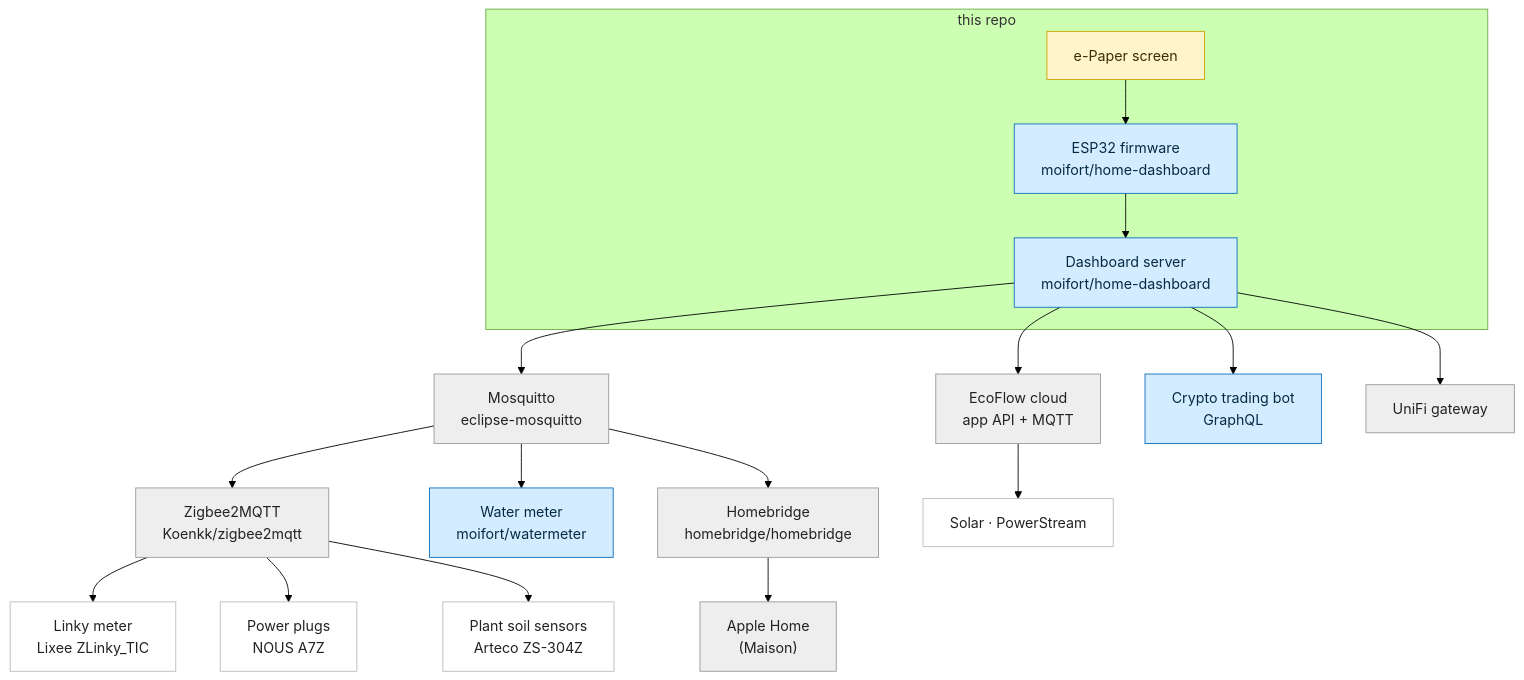
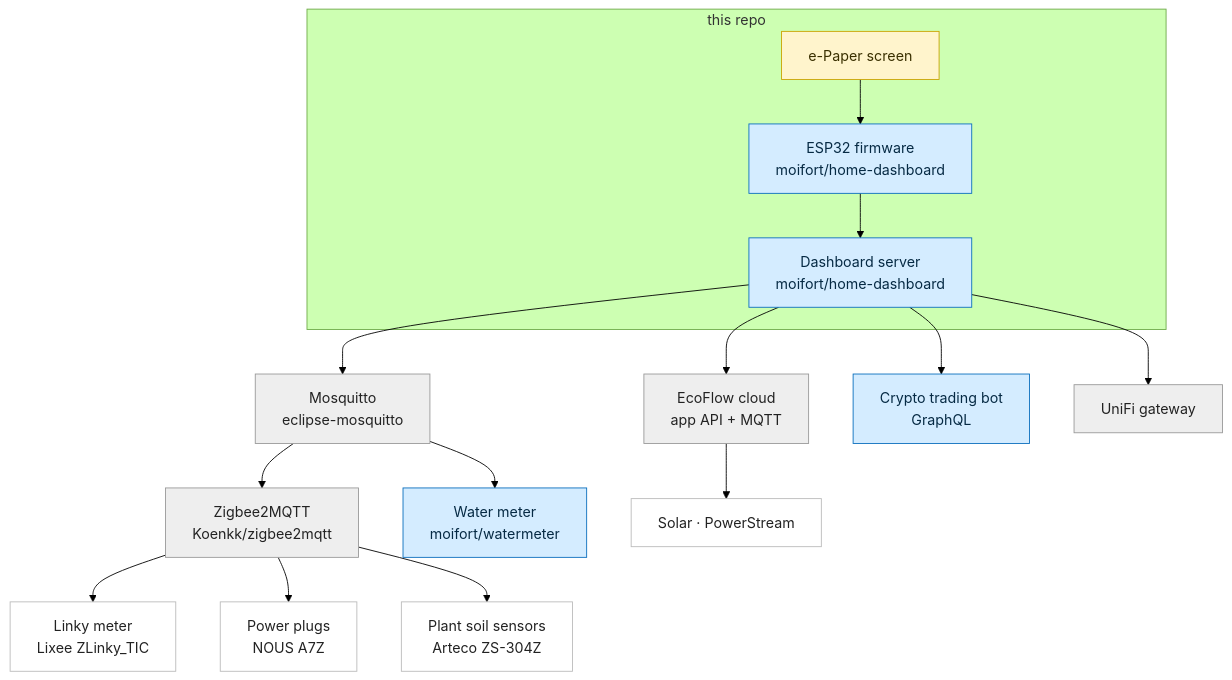
One commit to moifort/home-dashboard changed the diagram in README.md. Above: the diagram before and after it, drawn with Mermaid (forest theme). The commit also changed other lines of this file, not shown here.

````diff
--- a/README.md
+++ b/README.md
@@ -17,52 +194,46 @@
 ```mermaid
 flowchart TD
     subgraph repo["this repo"]
         SCREEN["e-Paper screen"]:::hw
         ESP["ESP32 firmware<br/>moifort/home-dashboard"]:::mine
         SERVER["Dashboard server<br/>moifort/home-dashboard"]:::mine
     end
 
     SCREEN --> ESP
     ESP --> SERVER
 
     MOSQ["Mosquitto<br/>eclipse-mosquitto"]:::ext
     Z2M["Zigbee2MQTT<br/>Koenkk/zigbee2mqtt"]:::ext
     LINKY["Linky meter<br/>Lixee ZLinky_TIC"]:::dev
     PLUGS["Power plugs<br/>NOUS A7Z"]:::dev
     PLANTS["Plant soil sensors<br/>Arteco ZS-304Z"]:::dev
     WATER["Water meter<br/>moifort/watermeter"]:::mine
 
     SERVER --> MOSQ
     MOSQ --> Z2M
     MOSQ --> WATER
     Z2M --> LINKY
     Z2M --> PLUGS
     Z2M --> PLANTS
 
-    HB["Homebridge<br/>homebridge/homebridge"]:::ext
-    HOME["Apple Home<br/>(Maison)"]:::ext
-    MOSQ --> HB
-    HB --> HOME
-
     ECO["EcoFlow cloud<br/>app API + MQTT"]:::ext
     PV["Solar · PowerStream"]:::dev
     SERVER --> ECO
     ECO --> PV
 
     CRYPTO["Crypto trading bot<br/>GraphQL"]:::mine
     UNIFI["UniFi gateway"]:::ext
     SERVER --> CRYPTO
     SERVER --> UNIFI
 
     classDef mine fill:#d4ecff,stroke:#0a6ebd,color:#062a44;
     classDef ext  fill:#eeeeee,stroke:#999999,color:#222222;
     classDef dev  fill:#ffffff,stroke:#bbbbbb,color:#222222;
     classDef hw   fill:#fff4cc,stroke:#caa300,color:#3a3000;
 
     click ESP "https://github.com/moifort/home-dashboard" _blank
     click SERVER "https://github.com/moifort/home-dashboard" _blank
     click WATER "https://github.com/moifort/watermeter" _blank
     click MOSQ "https://github.com/eclipse/mosquitto" _blank
     click Z2M "https://github.com/Koenkk/zigbee2mqtt" _blank
-    click HB "https://github.com/homebridge/homebridge" _blank
 ```
````
